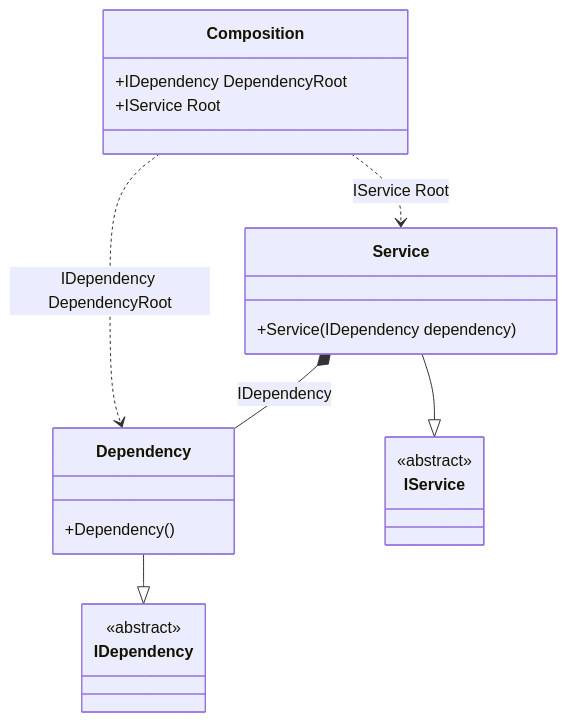
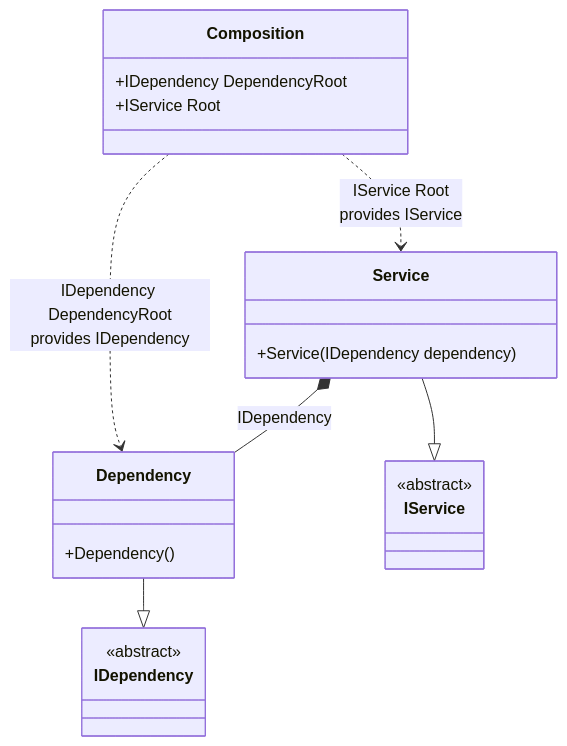
One commit to DevTeam/Pure.DI changed the diagram in readme/resolve-hint.md. Above: the diagram before and after it, drawn with Mermaid. The commit also changed other lines of this file and 73 other files, not shown here.

````diff
--- a/readme/resolve-hint.md
+++ b/readme/resolve-hint.md
@@ -34,24 +34,24 @@
 ```mermaid
 classDiagram
   class Composition {
     +IDependency DependencyRoot
     +IService Root
   }
   Dependency --|> IDependency : 
   class Dependency {
     +Dependency()
   }
   Service --|> IService : 
   class Service {
     +Service(IDependency dependency)
   }
   class IDependency {
     <<abstract>>
   }
   class IService {
     <<abstract>>
   }
   Service *--  Dependency : IDependency
-  Composition ..> Dependency : IDependency DependencyRoot
-  Composition ..> Service : IService Root
+  Composition ..> Dependency : IDependency DependencyRoot<br/>provides IDependency
+  Composition ..> Service : IService Root<br/>provides IService
 ```
````
